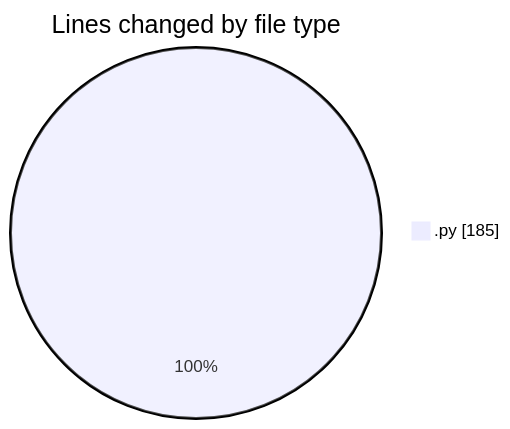
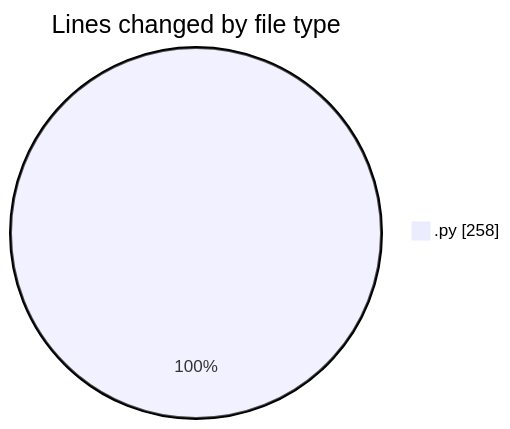
Before and after one commit to momahboobian/code-tracking: the first of 2 diagrams in 2025-02-13/samplepdf/README.md, drawn with Mermaid. The commit also changed other lines of this file and 1 other file, not shown here.

````diff
--- a/2025-02-13/samplepdf/README.md
+++ b/2025-02-13/samplepdf/README.md
@@ -22,5 +23,5 @@
 ```mermaid
 pie showData
 title Lines changed by file type
-".py" : 185
+".py" : 258
 ```
````
